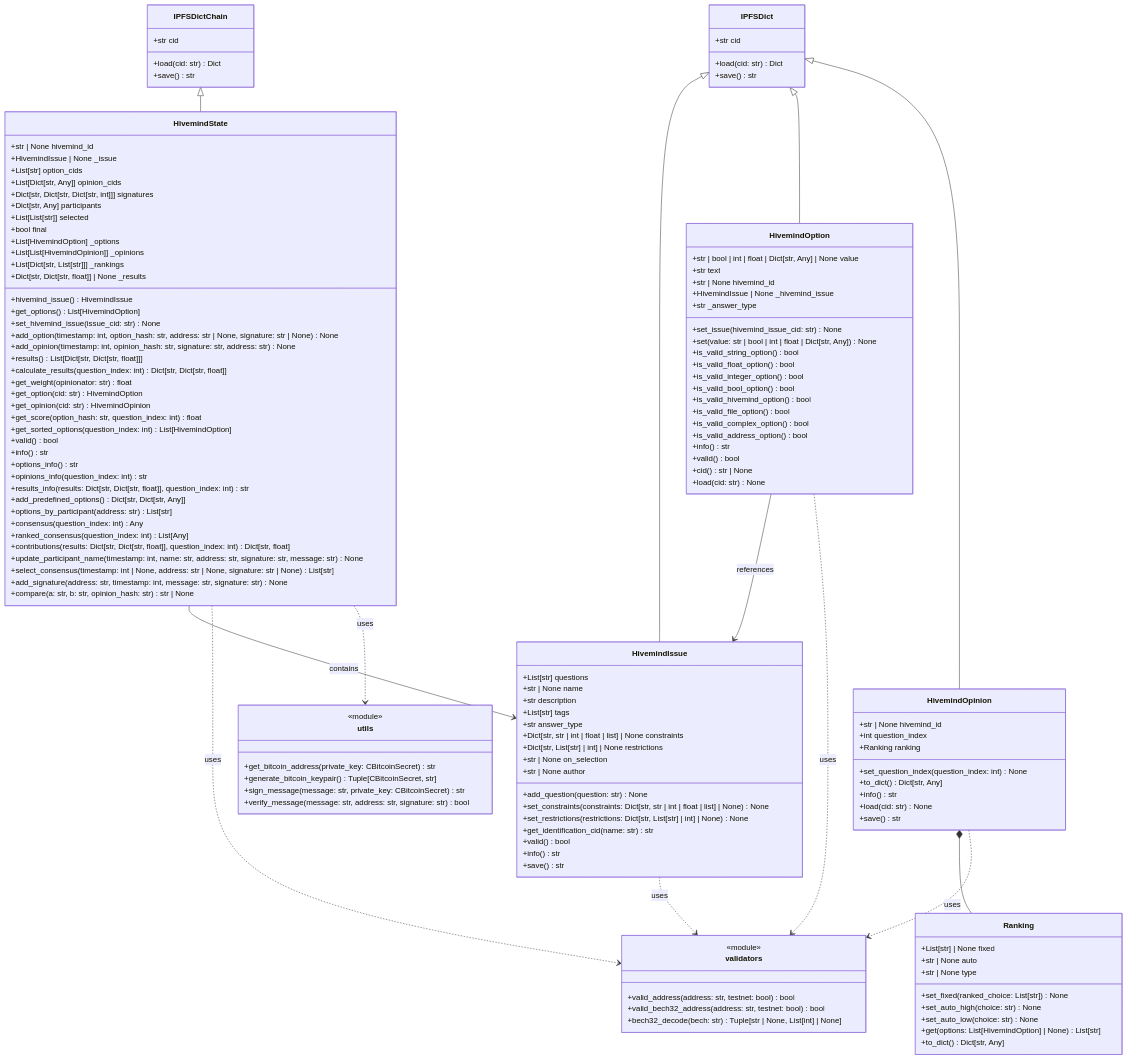
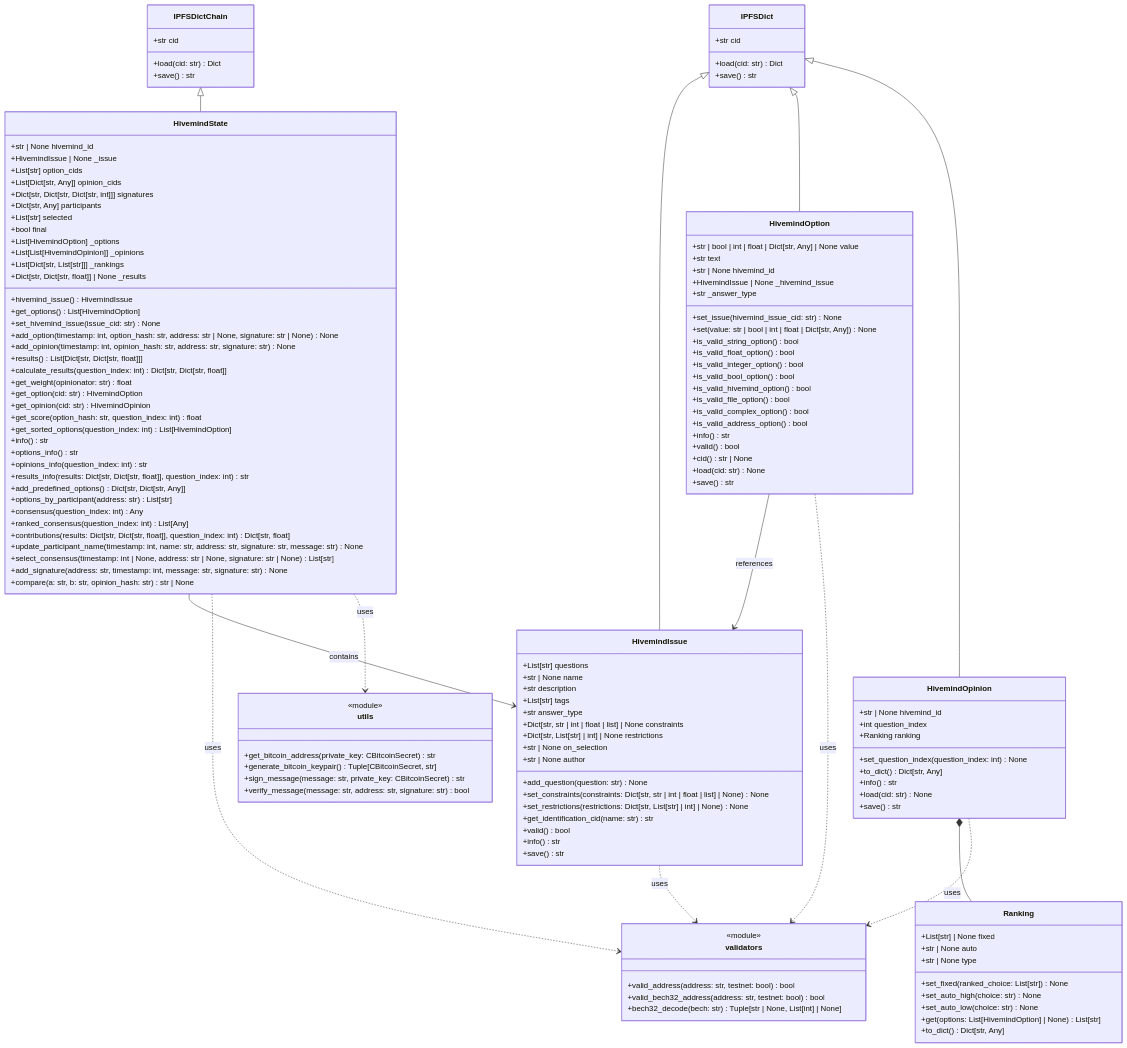
One commit to ValyrianTech/hivemind-python changed the diagram in diagrams/class_diagram.md. Above: the diagram before and after it, drawn with Mermaid.

```diff
--- a/diagrams/class_diagram.md
+++ b/diagrams/class_diagram.md
@@ -5,13 +5,13 @@
         +load(cid: str) Dict
         +save() str
     }
-    
+
     class IPFSDictChain {
         +str cid
         +load(cid: str) Dict
         +save() str
     }
-    
+
     class HivemindIssue {
         +List[str] questions
         +str | None name
@@ -30,7 +30,7 @@
         +info() str
         +save() str
     }
-    
+
     class HivemindOption {
         +str | bool | int | float | Dict[str, Any] | None value
         +str text
@@ -51,8 +51,9 @@
         +valid() bool
         +cid() str | None
         +load(cid: str) None
+        +save() str
     }
-    
+
     class HivemindOpinion {
         +str | None hivemind_id
         +int question_index
@@ -63,7 +64,7 @@
         +load(cid: str) None
         +save() str
     }
-    
+
     class Ranking {
         +List[str] | None fixed
         +str | None auto
@@ -74,7 +75,7 @@
         +get(options: List[HivemindOption] | None) List[str]
         +to_dict() Dict[str, Any]
     }
-    
+
     class HivemindState {
         +str | None hivemind_id
         +HivemindIssue | None _issue
@@ -82,7 +83,7 @@
         +List[Dict[str, Any]] opinion_cids
         +Dict[str, Dict[str, Dict[str, int]]] signatures
         +Dict[str, Any] participants
-        +List[List[str]] selected
+        +List[str] selected
         +bool final
         +List[HivemindOption] _options
         +List[List[HivemindOpinion]] _opinions
@@ -92,7 +93,7 @@
         +get_options() List[HivemindOption]
         +set_hivemind_issue(issue_cid: str) None
         +add_option(timestamp: int, option_hash: str, address: str | None, signature: str | None) None
-        +add_opinion(timestamp: int, opinion_hash: str, signature: str, address: str) None
+        +add_opinion(timestamp: int, opinion_hash: str, address: str, signature: str) None
         +results() List[Dict[str, Dict[str, float]]]
         +calculate_results(question_index: int) Dict[str, Dict[str, float]]
         +get_weight(opinionator: str) float
@@ -100,7 +101,6 @@
         +get_opinion(cid: str) HivemindOpinion
         +get_score(option_hash: str, question_index: int) float
         +get_sorted_options(question_index: int) List[HivemindOption]
-        +valid() bool
         +info() str
         +options_info() str
         +opinions_info(question_index: int) str
@@ -122,7 +122,7 @@
         +valid_bech32_address(address: str, testnet: bool) bool
         +bech32_decode(bech: str) Tuple[str | None, List[int] | None]
     }
-    
+
     class utils {
         <<module>>
         +get_bitcoin_address(private_key: CBitcoinSecret) str
@@ -130,7 +130,7 @@
         +sign_message(message: str, private_key: CBitcoinSecret) str
         +verify_message(message: str, address: str, signature: str) bool
     }
-    
+
     IPFSDict <|-- HivemindIssue
     IPFSDict <|-- HivemindOption
     IPFSDict <|-- HivemindOpinion
```
